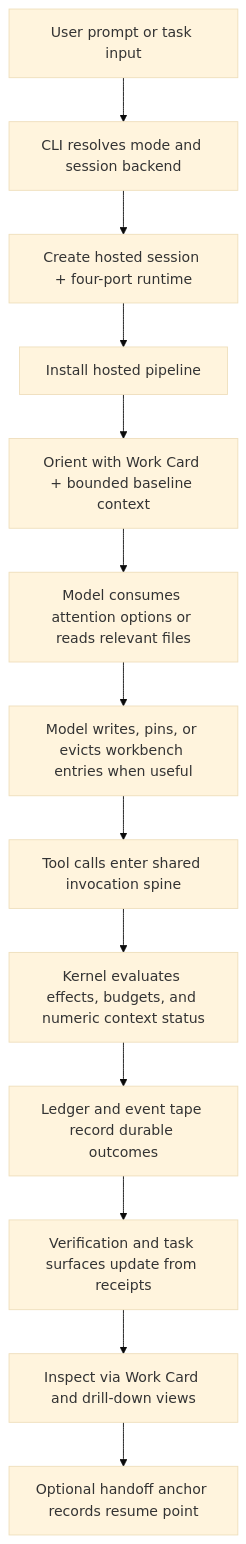
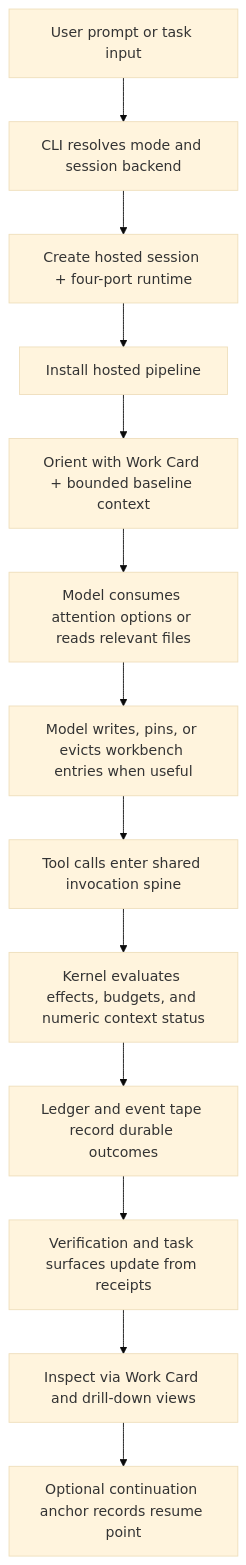
One commit to arcthur/brewva changed the diagram in docs/journeys/operator/interactive-session.md. Above: the diagram before and after it, drawn with Mermaid (base theme). The commit also changed other lines of this file and 71 other files, not shown here.

First line of the commit message:
feat(context)!: adopt continuation anchor lifecycle

````diff
--- a/docs/journeys/operator/interactive-session.md
+++ b/docs/journeys/operator/interactive-session.md
@@ -53,15 +53,15 @@
 ```mermaid
 flowchart TD
   A["User prompt or task input"] --> B["CLI resolves mode and session backend"]
   B --> C["Create hosted session + four-port runtime"]
   C --> D["Install hosted pipeline"]
   D --> E["Orient with Work Card + bounded baseline context"]
   E --> F["Model consumes attention options or reads relevant files"]
   F --> G["Model writes, pins, or evicts workbench entries when useful"]
   G --> H["Tool calls enter shared invocation spine"]
   H --> I["Kernel evaluates effects, budgets, and numeric context status"]
   I --> J["Ledger and event tape record durable outcomes"]
   J --> K["Verification and task surfaces update from receipts"]
   K --> L["Inspect via Work Card and drill-down views"]
-  L --> M["Optional handoff anchor records resume point"]
+  L --> M["Optional continuation anchor records resume point"]
 ```
````
